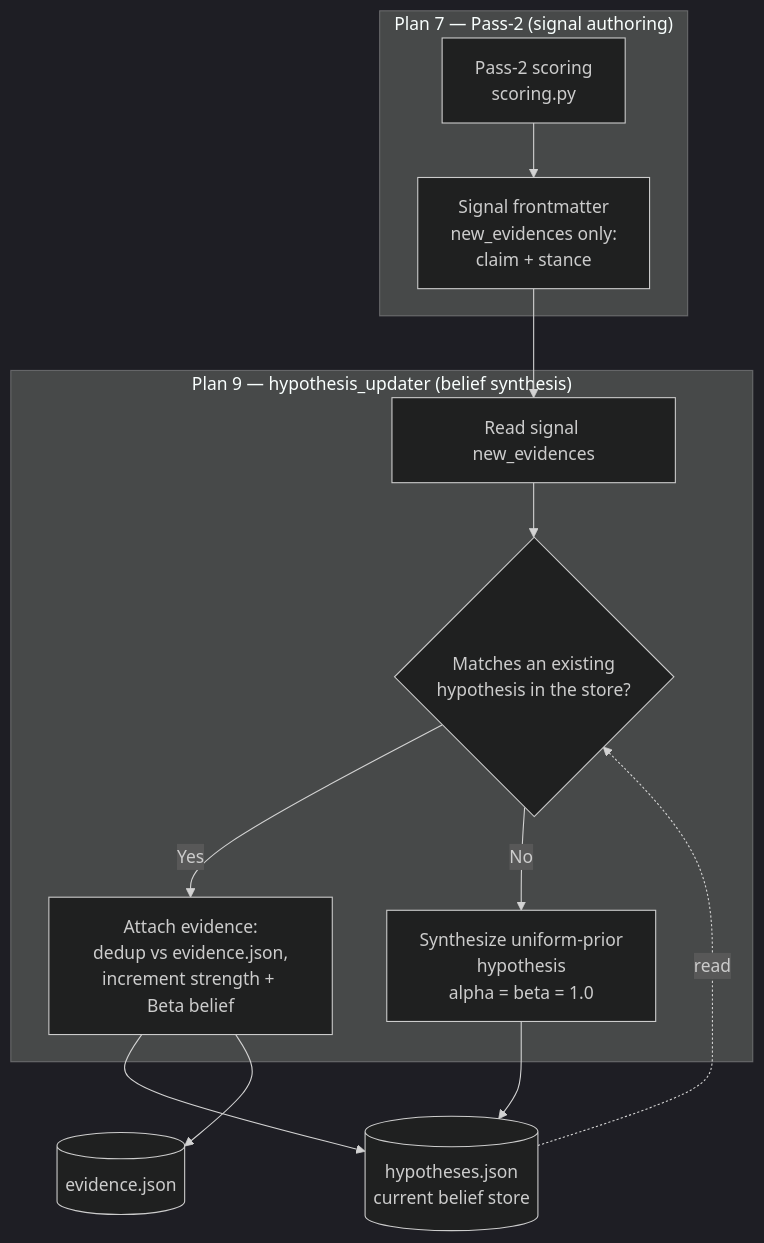
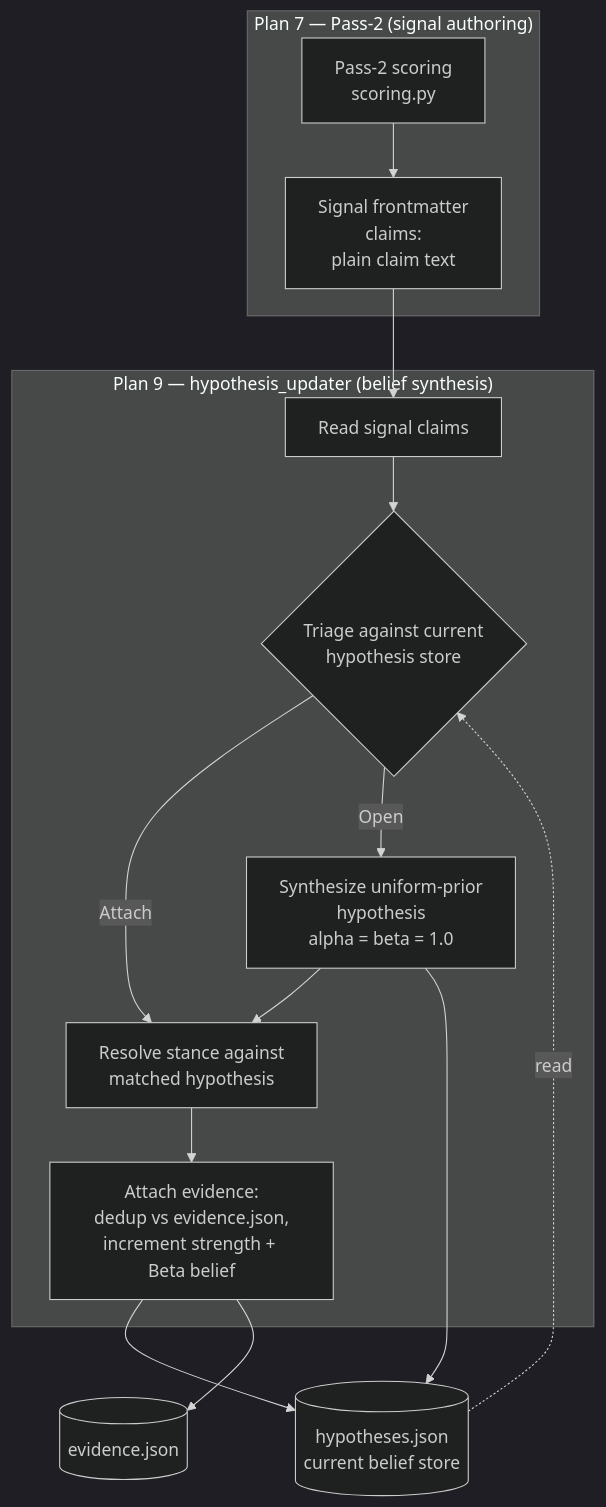
The diagram in docs/diagrams/evidence_to_hypothesis_boundary.md (jmamath/distill), drawn with Mermaid (dark theme) before and after one commit. The commit also changed other lines of this file and 15 other files, not shown here.

````diff
--- a/docs/diagrams/evidence_to_hypothesis_boundary.md
+++ b/docs/diagrams/evidence_to_hypothesis_boundary.md
@@ -5,18 +5,20 @@
 ```mermaid
 flowchart TD
     subgraph P7["Plan 7 — Pass-2 (signal authoring)"]
-        A[Pass-2 scoring<br/>scoring.py] --> B[Signal frontmatter<br/>new_evidences only:<br/>claim + stance]
+        A[Pass-2 scoring<br/>scoring.py] --> B[Signal frontmatter<br/>claims:<br/>plain claim text]
     end
 
     subgraph P9["Plan 9 — hypothesis_updater (belief synthesis)"]
-        C[Read signal new_evidences] --> D{Matches an existing<br/>hypothesis in the store?}
-        D -->|Yes| E[Attach evidence:<br/>dedup vs evidence.json,<br/>increment strength + Beta belief]
-        D -->|No| F[Synthesize uniform-prior<br/>hypothesis<br/>alpha = beta = 1.0]
+        C[Read signal claims] --> D{Triage against current<br/>hypothesis store}
+        D -->|Attach| E[Resolve stance against<br/>matched hypothesis]
+        D -->|Open| F[Synthesize uniform-prior<br/>hypothesis<br/>alpha = beta = 1.0]
+        F --> E
+        E --> G[Attach evidence:<br/>dedup vs evidence.json,<br/>increment strength + Beta belief]
     end
 
     B --> C
     HS[(hypotheses.json<br/>current belief store)] -. read .-> D
-    E --> HS
+    G --> HS
     F --> HS
-    E --> EV[(evidence.json)]
+    G --> EV[(evidence.json)]
 ```
````
